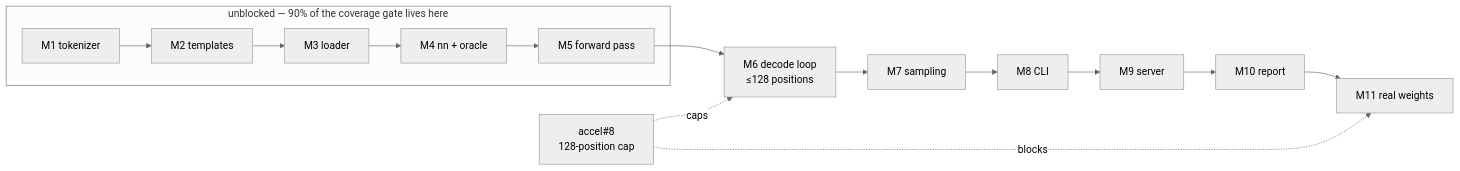
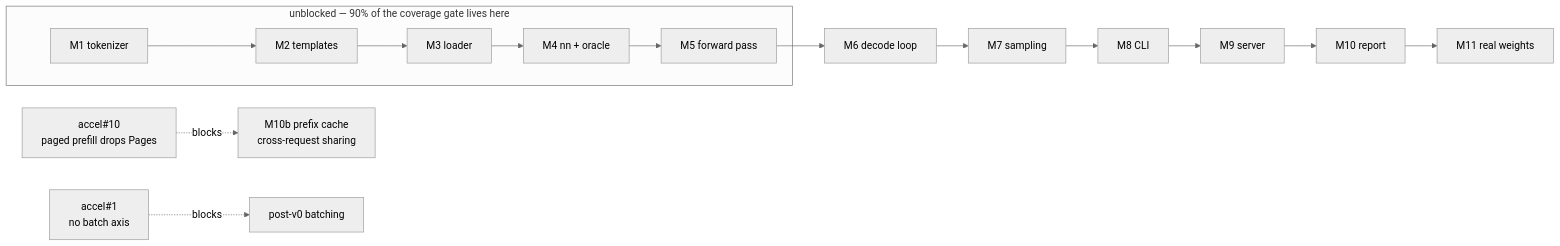
The diagram in specs/011-sequencing.md (latere-ai/tgo), drawn with Mermaid (neutral theme) before and after one commit. The commit also changed other lines of this file and 9 other files, not shown here.

````diff
--- a/specs/011-sequencing.md
+++ b/specs/011-sequencing.md
@@ -48,12 +48,12 @@
 ```mermaid
 flowchart LR
   subgraph free["unblocked — 90% of the coverage gate lives here"]
     M1["M1 tokenizer"] --> M2["M2 templates"] --> M3["M3 loader"]
     M3 --> M4["M4 nn + oracle"] --> M5["M5 forward pass"]
   end
-  M5 --> M6["M6 decode loop<br/>≤128 positions"]
+  M5 --> M6["M6 decode loop"]
   M6 --> M7["M7 sampling"] --> M8["M8 CLI"] --> M9["M9 server"]
   M9 --> M10["M10 report"] --> M11["M11 real weights"]
-  C11["accel#8<br/>128-position cap"] -.blocks.-> M11
-  C11 -.caps.-> M6
+  C13["accel#10<br/>paged prefill drops Pages"] -.blocks.-> M10b["M10b prefix cache<br/>cross-request sharing"]
+  C1["accel#1<br/>no batch axis"] -.blocks.-> M12["post-v0 batching"]
 ```
````
